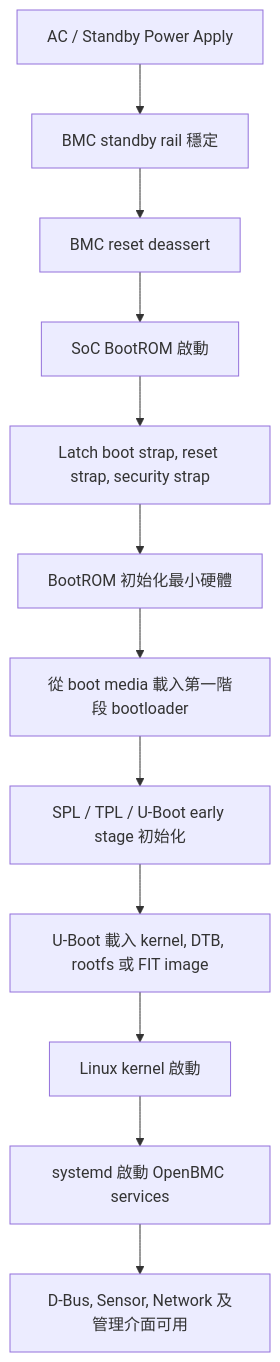
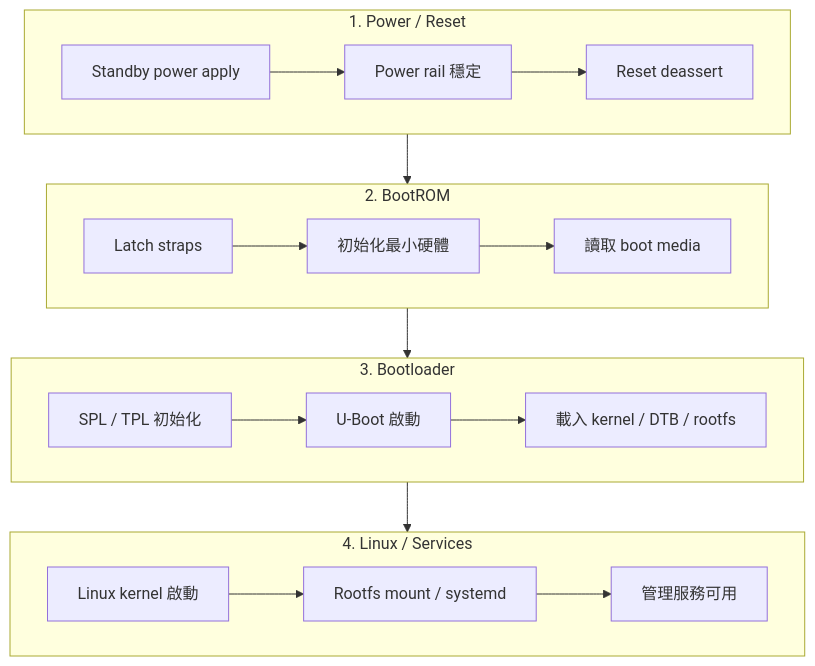
The first of 2 diagrams in 01_part_1_hardware_abstraction_layer/01_boot_flow_and_soc_initialization.md (davidchen0970/porting-guide), drawn with Mermaid before and after one commit. The commit also changed other lines of this file, not shown here.

````diff
--- a/01_part_1_hardware_abstraction_layer/01_boot_flow_and_soc_initialization.md
+++ b/01_part_1_hardware_abstraction_layer/01_boot_flow_and_soc_initialization.md
@@ -43,18 +37,24 @@
 ```mermaid
-flowchart TD
-    A["AC / Standby Power Apply"]
-    B["BMC standby rail 穩定"]
-    C["BMC reset deassert"]
-    D["SoC BootROM 啟動"]
-    E["Latch boot strap, reset strap, security strap"]
-    F["BootROM 初始化最小硬體"]
-    G["從 boot media 載入第一階段 bootloader"]
-    H["SPL / TPL / U-Boot early stage 初始化"]
-    I["U-Boot 載入 kernel, DTB, rootfs 或 FIT image"]
-    J["Linux kernel 啟動"]
-    K["systemd 啟動 OpenBMC services"]
-    L["D-Bus, Sensor, Network 及管理介面可用"]
+flowchart TB
+    subgraph PWR["1. Power / Reset"]
+        direction LR
+        P1["Standby power apply"] --> P2["Power rail 穩定"] --> P3["Reset deassert"]
+    end
 
-    A --> B --> C --> D --> E --> F
-    F --> G --> H --> I --> J --> K --> L
+    subgraph ROM["2. BootROM"]
+        direction LR
+        R1["Latch straps"] --> R2["初始化最小硬體"] --> R3["讀取 boot media"]
+    end
+
+    subgraph BL["3. Bootloader"]
+        direction LR
+        B1["SPL / TPL 初始化"] --> B2["U-Boot 啟動"] --> B3["載入 kernel / DTB / rootfs"]
+    end
+
+    subgraph OS["4. Linux / Services"]
+        direction LR
+        O1["Linux kernel 啟動"] --> O2["Rootfs mount / systemd"] --> O3["管理服務可用"]
+    end
+
+    PWR --> ROM --> BL --> OS
 ```
````
